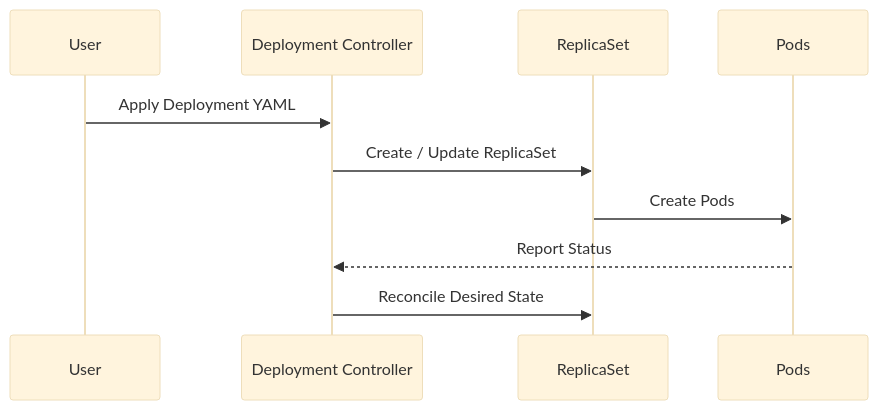
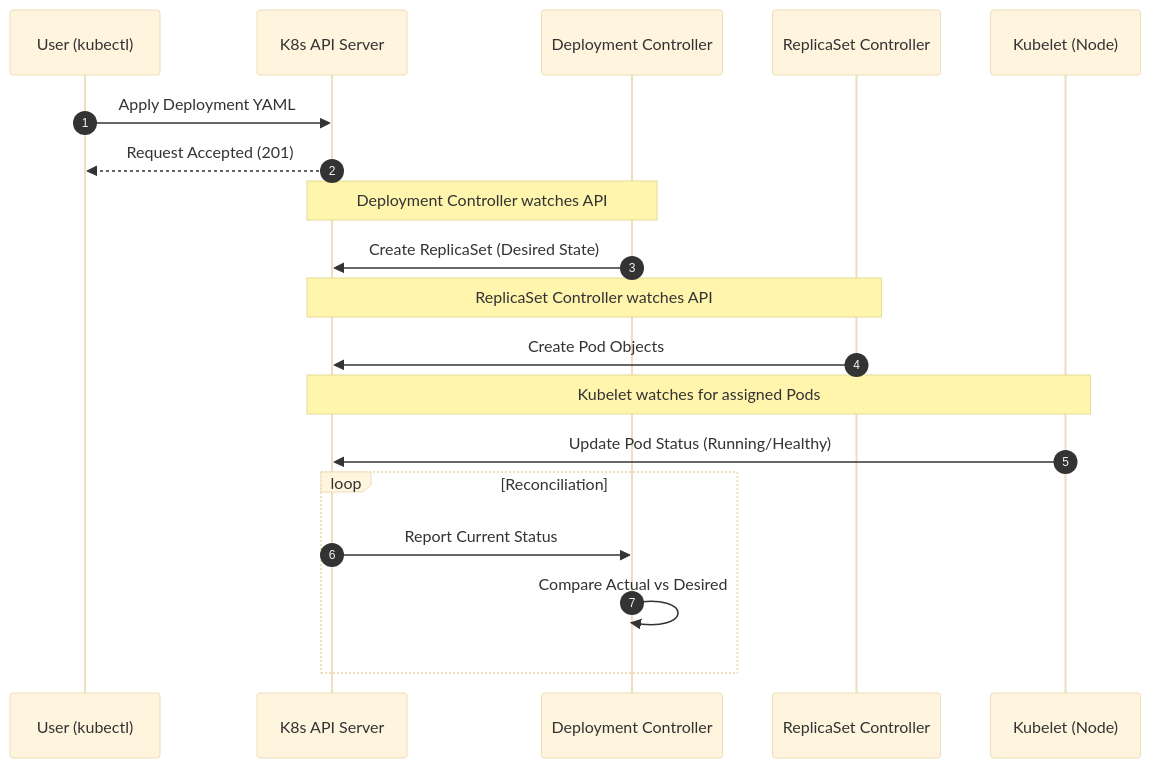
The third of 3 diagrams in 03-workload-management/02-deployment-fundamentals/02.01-deployment.md (Aravind-devops-1/devops_ganesh), drawn with Mermaid (base theme) before and after one commit. The commit also changed other lines of this file, not shown here.

````diff
--- a/03-workload-management/02-deployment-fundamentals/02.01-deployment.md
+++ b/03-workload-management/02-deployment-fundamentals/02.01-deployment.md
@@ -67,13 +135,26 @@
 ```mermaid
 sequenceDiagram
-    participant U as User
-    participant D as Deployment Controller
-    participant R as ReplicaSet
-    participant P as Pods
+    autonumber
+    participant U as User (kubectl)
+    participant API as K8s API Server
+    participant DC as Deployment Controller
+    participant RS as ReplicaSet Controller
+    participant K as Kubelet (Node)
 
-    U->>D: Apply Deployment YAML
-    D->>R: Create / Update ReplicaSet
-    R->>P: Create Pods
-    P-->>D: Report Status
-    D->>R: Reconcile Desired State
+    U->>API: Apply Deployment YAML
+    API-->>U: Request Accepted (201)
+    
+    Note over API,DC: Deployment Controller watches API
+    DC->>API: Create ReplicaSet (Desired State)
+    
+    Note over API,RS: ReplicaSet Controller watches API
+    RS->>API: Create Pod Objects
+    
+    Note over API,K: Kubelet watches for assigned Pods
+    K->>API: Update Pod Status (Running/Healthy)
+    
+    loop Reconciliation
+        API->>DC: Report Current Status
+        DC->>DC: Compare Actual vs Desired
+    end
 ```
````
